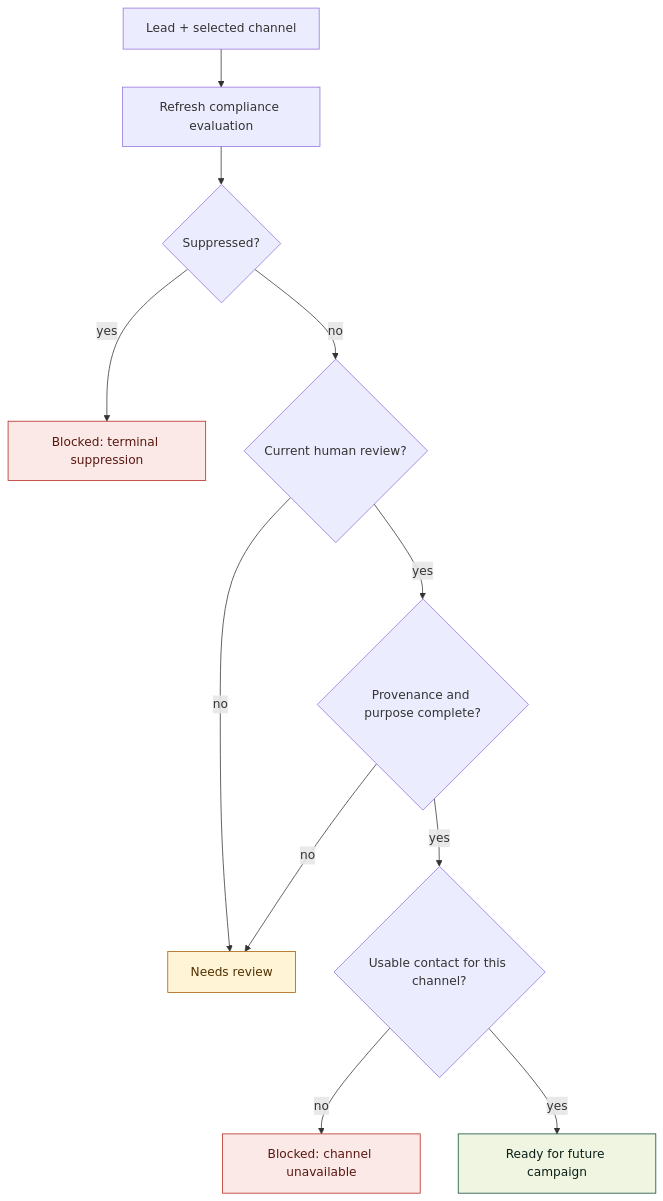
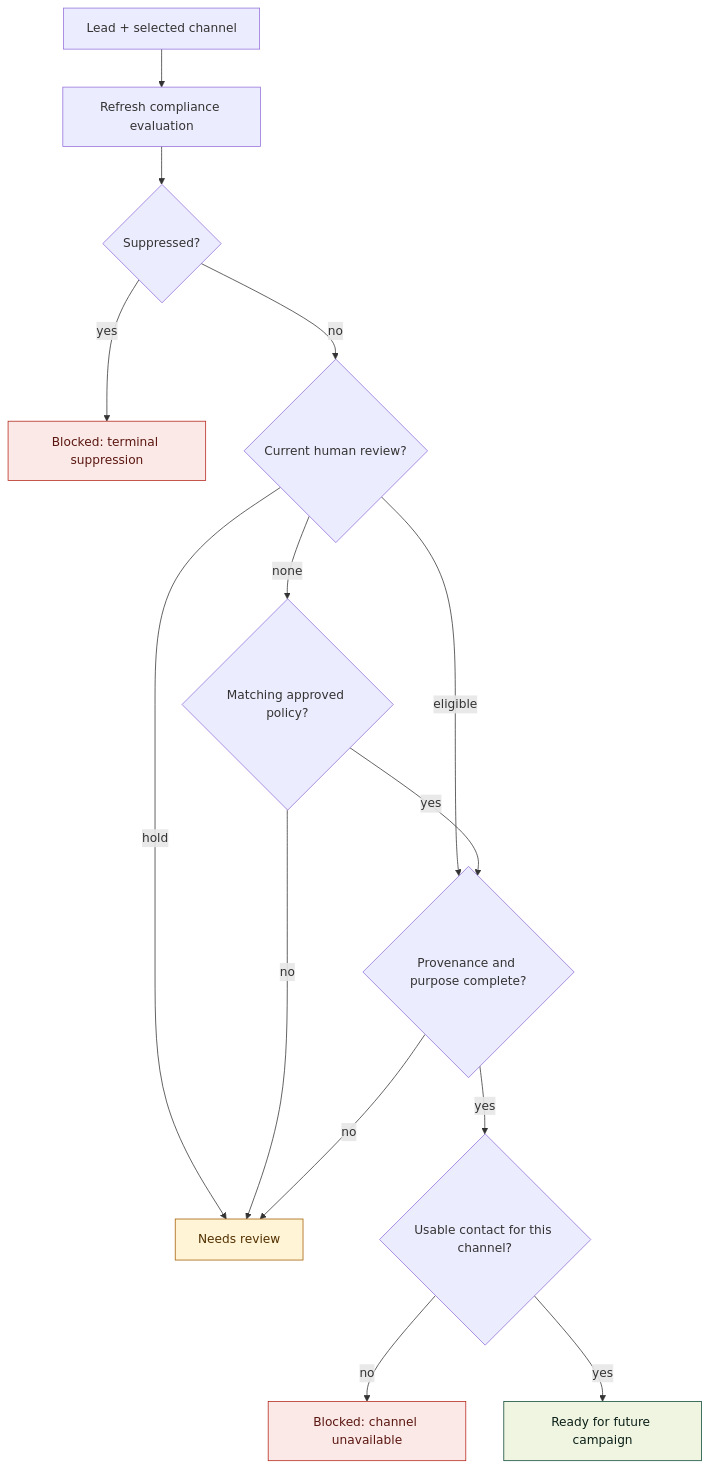
Before and after one commit to Herman-Gathege/webloom-sales-engine: the second of 3 diagrams in docs/workflow-description.md, drawn with Mermaid. The commit also changed other lines of this file and 60 other files, not shown here.

````diff
--- a/docs/workflow-description.md
+++ b/docs/workflow-description.md
@@ -56,20 +56,23 @@
 ```mermaid
 flowchart TD
     START[Lead + selected channel] --> REFRESH[Refresh compliance evaluation]
     REFRESH --> SUPPRESSED{Suppressed?}
     SUPPRESSED -->|yes| BLOCKED[Blocked: terminal suppression]
     SUPPRESSED -->|no| REVIEW{Current human review?}
-    REVIEW -->|no| HOLD[Needs review]
-    REVIEW -->|yes| EVIDENCE{Provenance and purpose complete?}
+    REVIEW -->|hold| HOLD[Needs review]
+    REVIEW -->|eligible| EVIDENCE{Provenance and purpose complete?}
+    REVIEW -->|none| POLICY{Matching approved policy?}
+    POLICY -->|no| HOLD
+    POLICY -->|yes| EVIDENCE
     EVIDENCE -->|no| HOLD
     EVIDENCE -->|yes| CONTACT{Usable contact for this channel?}
     CONTACT -->|no| UNAVAILABLE[Blocked: channel unavailable]
     CONTACT -->|yes| READY[Ready for future campaign]
 
     classDef stop fill:#fbe9e7,stroke:#b42318,color:#5b1711;
     classDef wait fill:#fff4d6,stroke:#a15c00,color:#523000;
     classDef pass fill:#eff5e0,stroke:#084734,color:#0b1f18;
     class BLOCKED,UNAVAILABLE stop;
     class HOLD wait;
     class READY pass;
 ```
````
